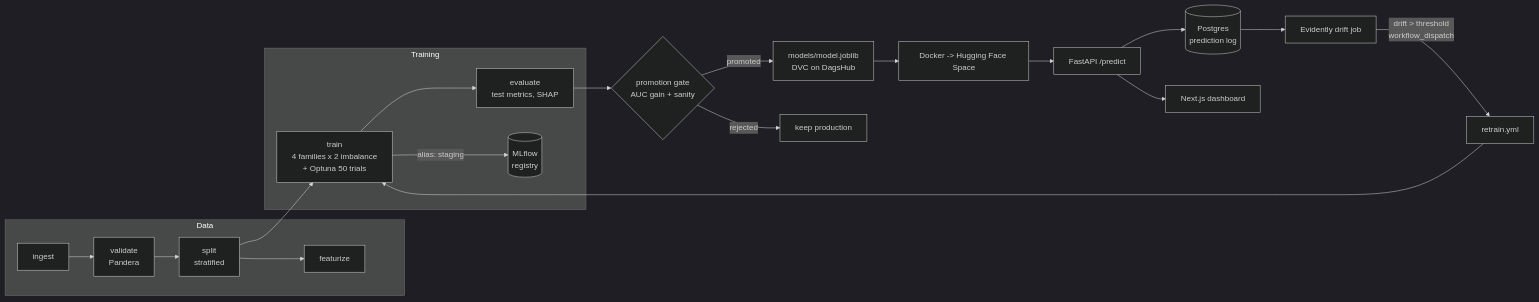
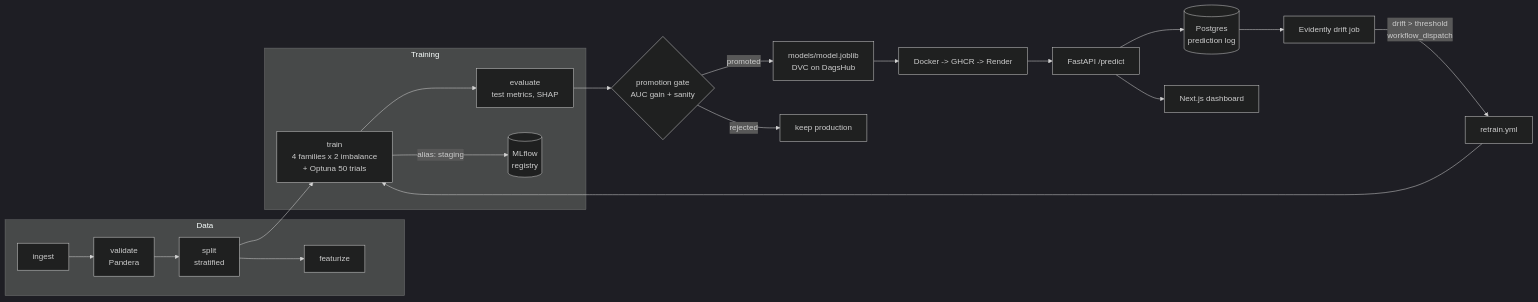
One commit to ashmitg05/churnops changed the diagram in README.md. Above: the diagram before and after it, drawn with Mermaid (dark theme). The commit also changed other lines of this file and 3 other files, not shown here.

Commit message:
deploy: GHCR image + Render deploy hook (HF Docker Spaces now require PRO)

````diff
--- a/README.md
+++ b/README.md
@@ -14,19 +14,19 @@
 ```mermaid
 flowchart LR
     subgraph Data
         A[ingest] --> B[validate<br/>Pandera] --> C[split<br/>stratified] --> D[featurize]
     end
     subgraph Training
         C --> E[train<br/>4 families x 2 imbalance<br/>+ Optuna 50 trials] --> F[evaluate<br/>test metrics, SHAP]
         E -->|alias: staging| R[(MLflow<br/>registry)]
     end
     F --> G{promotion gate<br/>AUC gain + sanity}
     G -->|promoted| H[models/model.joblib<br/>DVC on DagsHub]
     G -->|rejected| X[keep production]
-    H --> I[Docker -> Hugging Face Space]
+    H --> I[Docker -> GHCR -> Render]
     I --> J[FastAPI /predict] --> K[(Postgres<br/>prediction log)]
     K --> L[Evidently drift job]
     L -->|drift > threshold<br/>workflow_dispatch| M[retrain.yml]
     M --> E
     J --> N[Next.js dashboard]
 ```
````
